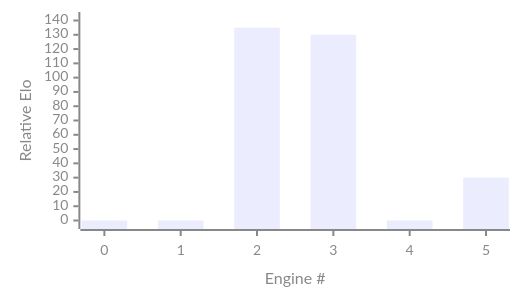
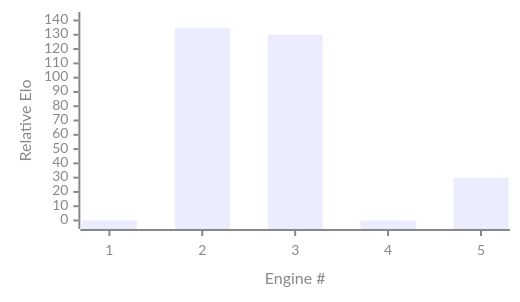
Before and after one commit to op12no2/patchwork: the diagram in README.md, drawn with Mermaid.

Commit message:
add a mermaid plot

````diff
--- a/README.md
+++ b/README.md
@@ -18,23 +18,23 @@
 ```mermaid
 ---
 config:
   xyChart:
     width: 500
     height: 280
   themeVariables:
     xyChart:
       titleColor: "#888888"
       xAxisLabelColor: "#888888"
       xAxisTitleColor: "#888888"
       xAxisTickColor: "#888888"
       xAxisLineColor: "#888888"
       yAxisLabelColor: "#888888"
       yAxisTitleColor: "#888888"
       yAxisTickColor: "#888888"
       yAxisLineColor: "#888888"
 ---
 xychart
-  x-axis "Engine #" [0, 1, 2, 3, 4, 5]
+  x-axis "Engine #" [1, 2, 3, 4, 5]
   y-axis "Relative Elo" 0 --> 140
-  bar [0, 0, 135, 130, 0, 30]
+  bar [0, 135, 130, 0, 30]
 ```
````
